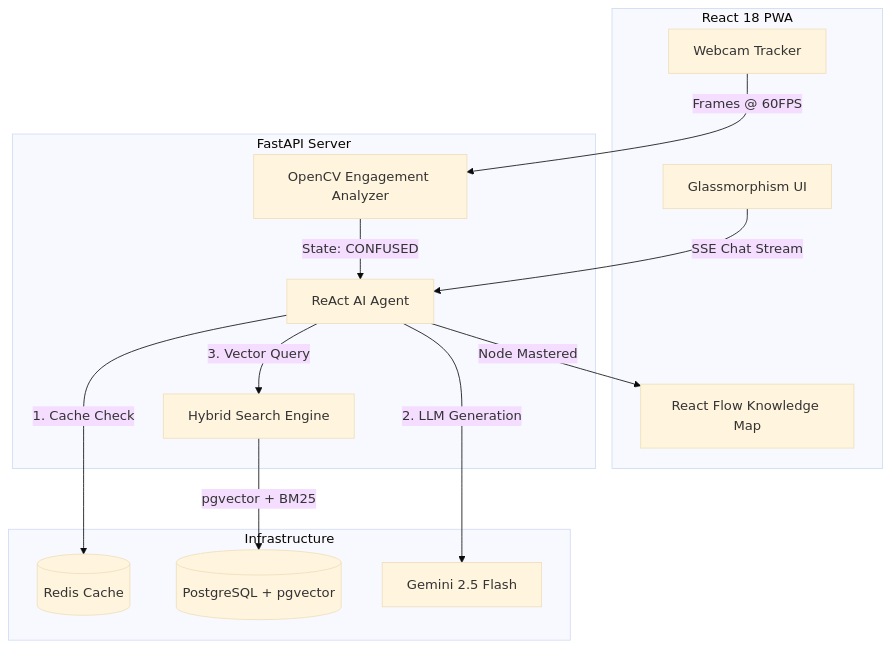
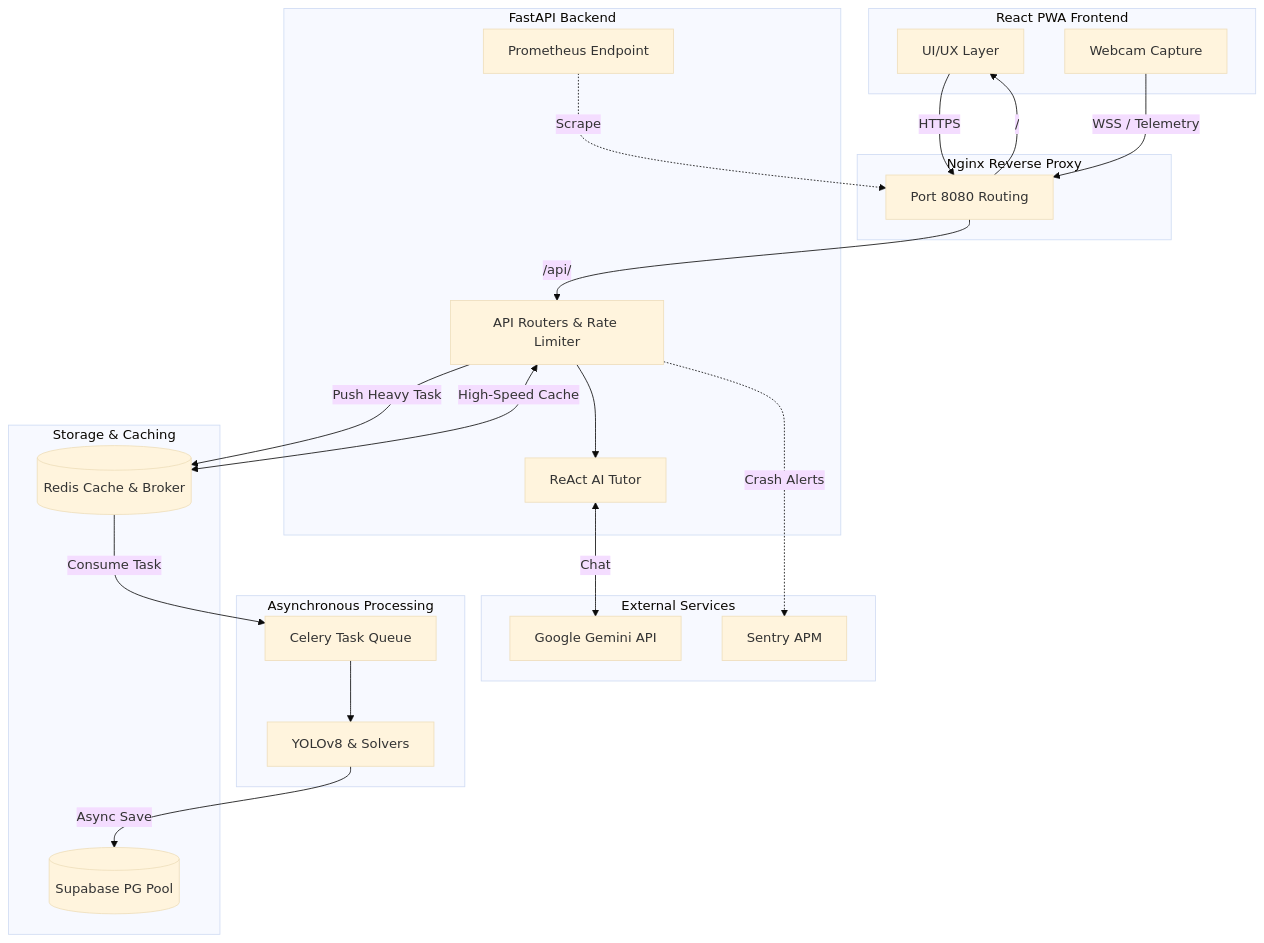
Before and after one commit to vikassaini77/AI-Steam-Lab: the first of 2 diagrams in README.md, drawn with Mermaid (base theme). The commit also changed other lines of this file, not shown here.

````diff
--- a/README.md
+++ b/README.md
@@ -32,35 +98,46 @@
 ```mermaid
 graph TD
-    %% Frontend Layer
-    subgraph Frontend [React 18 PWA]
-        UI[Glassmorphism UI]
-        CV[Webcam Tracker]
-        Graph[React Flow Knowledge Map]
+    subgraph Client [React PWA Frontend]
+        UI[UI/UX Layer]
+        CV[Webcam Capture]
     end
 
-    %% Backend API Layer
-    subgraph Backend [FastAPI Server]
-        Agent[ReAct AI Agent]
-        CV_Engine[OpenCV Engagement Analyzer]
-        RRF[Hybrid Search Engine]
+    subgraph Gateway [Nginx Reverse Proxy]
+        Proxy[Port 8080 Routing]
     end
 
-    %% Infrastructure Layer
-    subgraph Data [Infrastructure]
-        Redis[(Redis Cache)]
-        PG[(PostgreSQL + pgvector)]
-        Gemini[Gemini 2.5 Flash]
+    subgraph API [FastAPI Backend]
+        Router[API Routers & Rate Limiter]
+        Agent[ReAct AI Tutor]
+        Metrics[Prometheus Endpoint]
     end
 
-    %% Flow Connections
-    UI -- "SSE Chat Stream" --> Agent
-    CV -- "Frames @ 60FPS" --> CV_Engine
-    CV_Engine -- "State: CONFUSED" --> Agent
-    
-    Agent -- "1. Cache Check" --> Redis
-    Agent -- "2. LLM Generation" --> Gemini
-    Agent -- "3. Vector Query" --> RRF
-    
-    RRF -- "pgvector + BM25" --> PG
-    Agent -- "Node Mastered" --> Graph
+    subgraph Workers [Asynchronous Processing]
+        Celery[Celery Task Queue]
+        Physics[YOLOv8 & Solvers]
+    end
+
+    subgraph Data [Storage & Caching]
+        Supa[(Supabase PG Pool)]
+        Redis[(Redis Cache & Broker)]
+    end
+
+    subgraph Cloud [External Services]
+        LLM[Google Gemini API]
+        Sentry[Sentry APM]
+    end
+
+    UI -->|HTTPS| Proxy
+    CV -->|WSS / Telemetry| Proxy
+    Proxy -->|/| UI
+    Proxy -->|/api/| Router
+    Router -->|Push Heavy Task| Redis
+    Redis -->|Consume Task| Celery
+    Celery --> Physics
+    Router <-->|High-Speed Cache| Redis
+    Router --> Agent
+    Agent <-->|Chat| LLM
+    Physics -->|Async Save| Supa
+    Router -.->|Crash Alerts| Sentry
+    Metrics -.->|Scrape| Proxy
 ```
````
